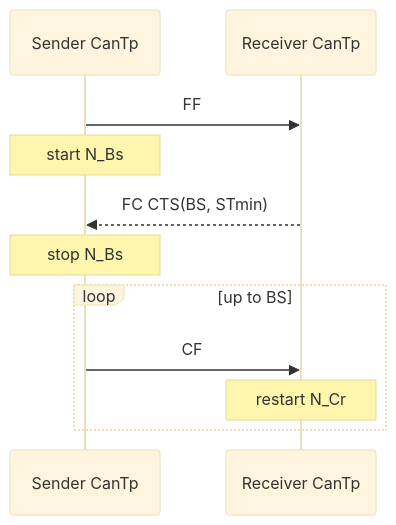
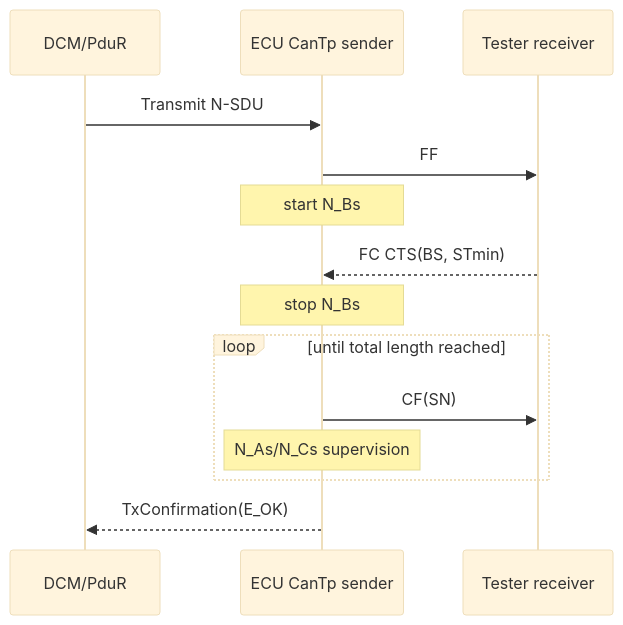
Before and after one commit to GiaBao1802/autosar-diagnostic-stack-course: the diagram in docs/15_cantp_ecuc_parameters.md, drawn with Mermaid (base theme). The commit also changed other lines of this file and 4 other files, not shown here.

````diff
--- a/docs/15_cantp_ecuc_parameters.md
+++ b/docs/15_cantp_ecuc_parameters.md
@@ -29,13 +79,16 @@
 ```mermaid
 sequenceDiagram
-  participant S as Sender CanTp
-  participant R as Receiver CanTp
+  participant D as DCM/PduR
+  participant S as ECU CanTp sender
+  participant R as Tester receiver
+  D->>S: Transmit N-SDU
   S->>R: FF
   Note over S: start N_Bs
   R-->>S: FC CTS(BS, STmin)
   Note over S: stop N_Bs
-  loop up to BS
-    S->>R: CF
-    Note over R: restart N_Cr
+  loop until total length reached
+    S->>R: CF(SN)
+    Note over S: N_As/N_Cs supervision
   end
+  S-->>D: TxConfirmation(E_OK)
 ```
````
